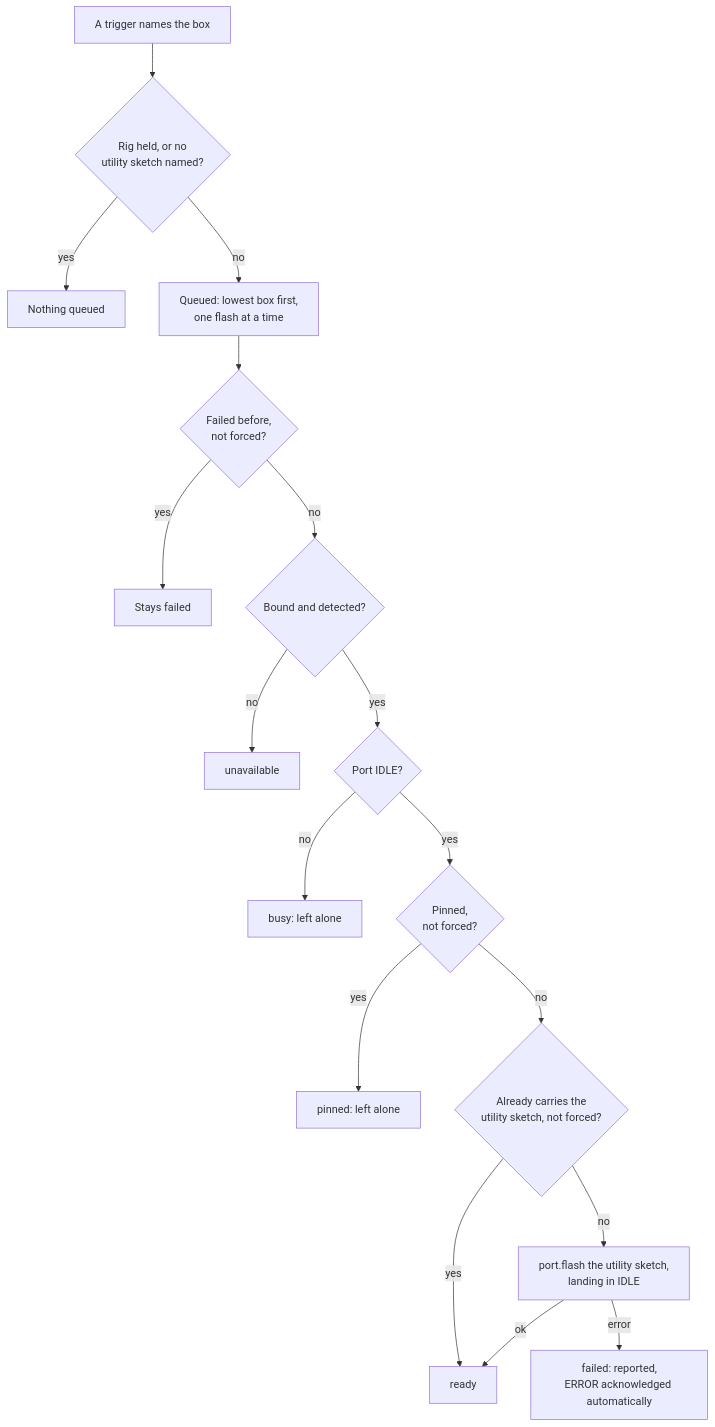
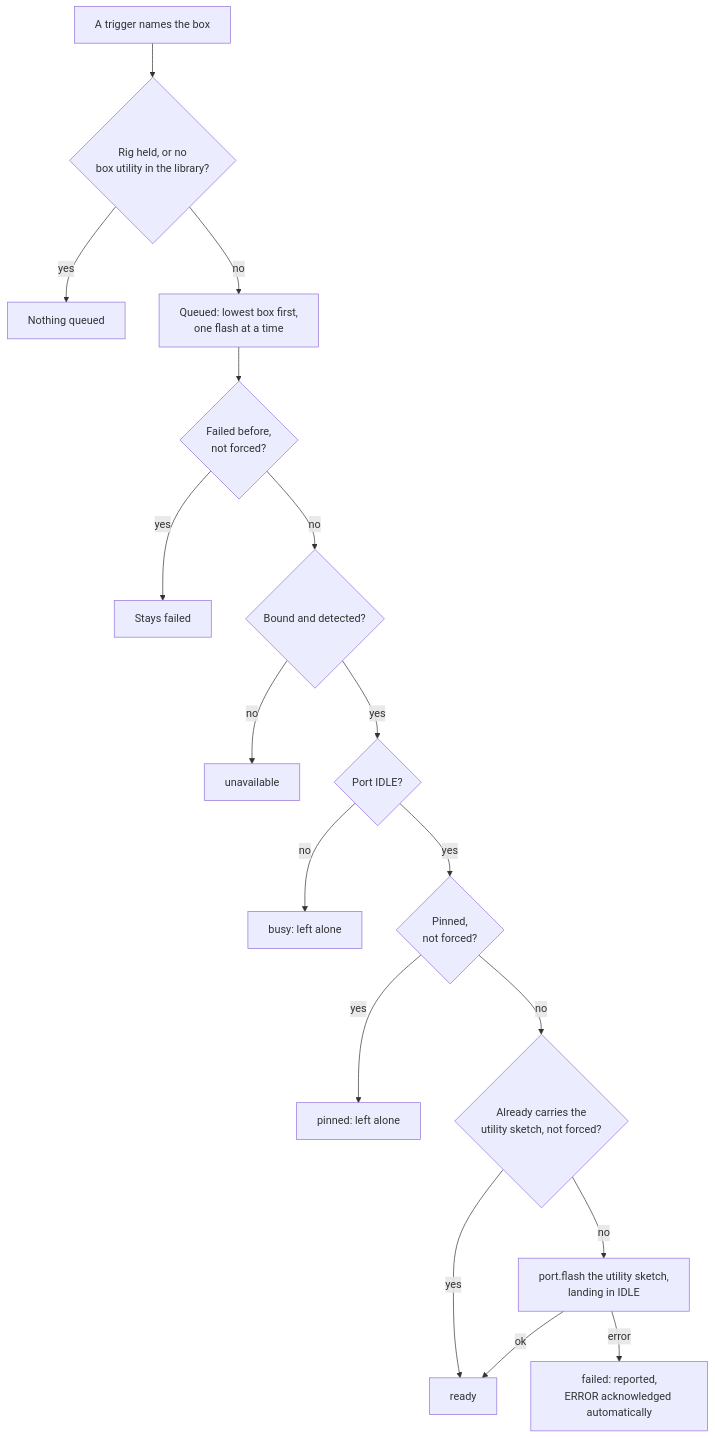
The fourth of 9 diagrams in docs/ARCHITECTURE.md (Chase-NJ/Ephymeris), drawn with Mermaid before and after one commit. The commit also changed other lines of this file and 29 other files, not shown here.

First line of the commit message:
Read firmware/ in place; drop the utility-sketch setting; constellation on Rig

````diff
--- a/docs/ARCHITECTURE.md
+++ b/docs/ARCHITECTURE.md
@@ -585,19 +588,19 @@
 ```mermaid
 flowchart TD
-    trigger["A trigger names the box"] --> gate{"Rig held, or no<br/>utility sketch named?"}
+    trigger["A trigger names the box"] --> gate{"Rig held, or no<br/>box utility in the library?"}
     gate -->|yes| nothing["Nothing queued"]
     gate -->|no| queue["Queued: lowest box first,<br/>one flash at a time"]
     queue --> failedBefore{"Failed before,<br/>not forced?"}
     failedBefore -->|yes| stays["Stays failed"]
     failedBefore -->|no| bound{"Bound and detected?"}
     bound -->|no| unavailable["unavailable"]
     bound -->|yes| idle{"Port IDLE?"}
     idle -->|no| busy["busy: left alone"]
     idle -->|yes| pinned{"Pinned,<br/>not forced?"}
     pinned -->|yes| keep["pinned: left alone"]
     pinned -->|no| carries{"Already carries the<br/>utility sketch, not forced?"}
     carries -->|yes| ready["ready"]
     carries -->|no| flash["port.flash the utility sketch,<br/>landing in IDLE"]
     flash -->|ok| ready
     flash -->|error| failed["failed: reported,<br/>ERROR acknowledged automatically"]
 ```
````
